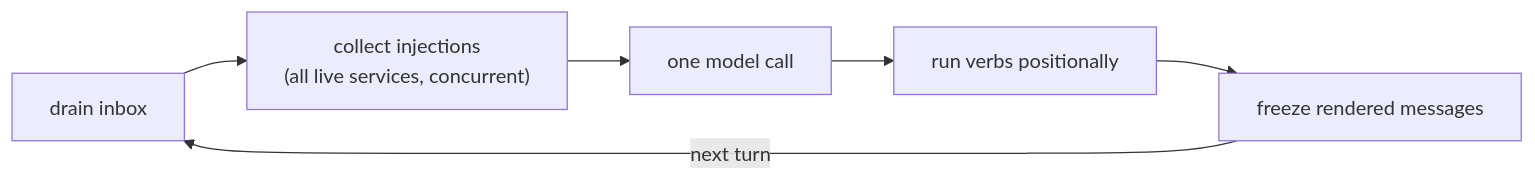
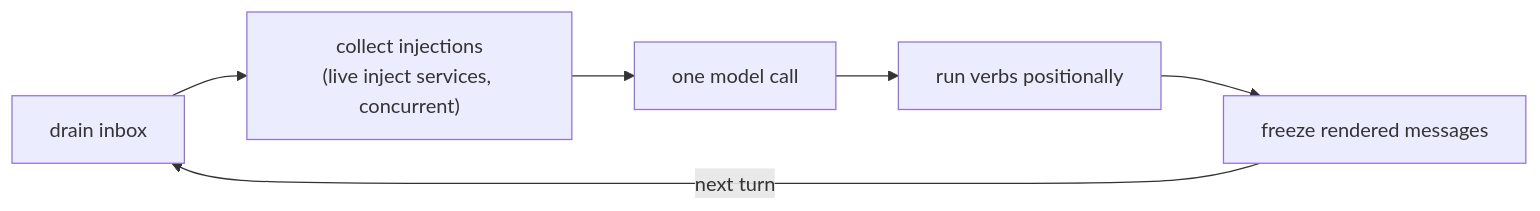
One commit to DarkSpaceY/NAN-itself changed the first of 7 diagrams in docs/for-contributors/architecture.md. Above: the diagram before and after it, drawn with Mermaid. The commit also changed other lines of this file and 21 other files, not shown here.

````diff
--- a/docs/for-contributors/architecture.md
+++ b/docs/for-contributors/architecture.md
@@ -40,8 +40,8 @@
 ```mermaid
 flowchart LR
-    A["drain inbox"] --> B["collect injections<br/>(all live services, concurrent)"]
+    A["drain inbox"] --> B["collect injections<br/>(live inject services, concurrent)"]
     B --> C["one model call"]
     C --> D["run verbs positionally"]
     D --> E["freeze rendered messages"]
     E -->|"next turn"| A
 ```
````
